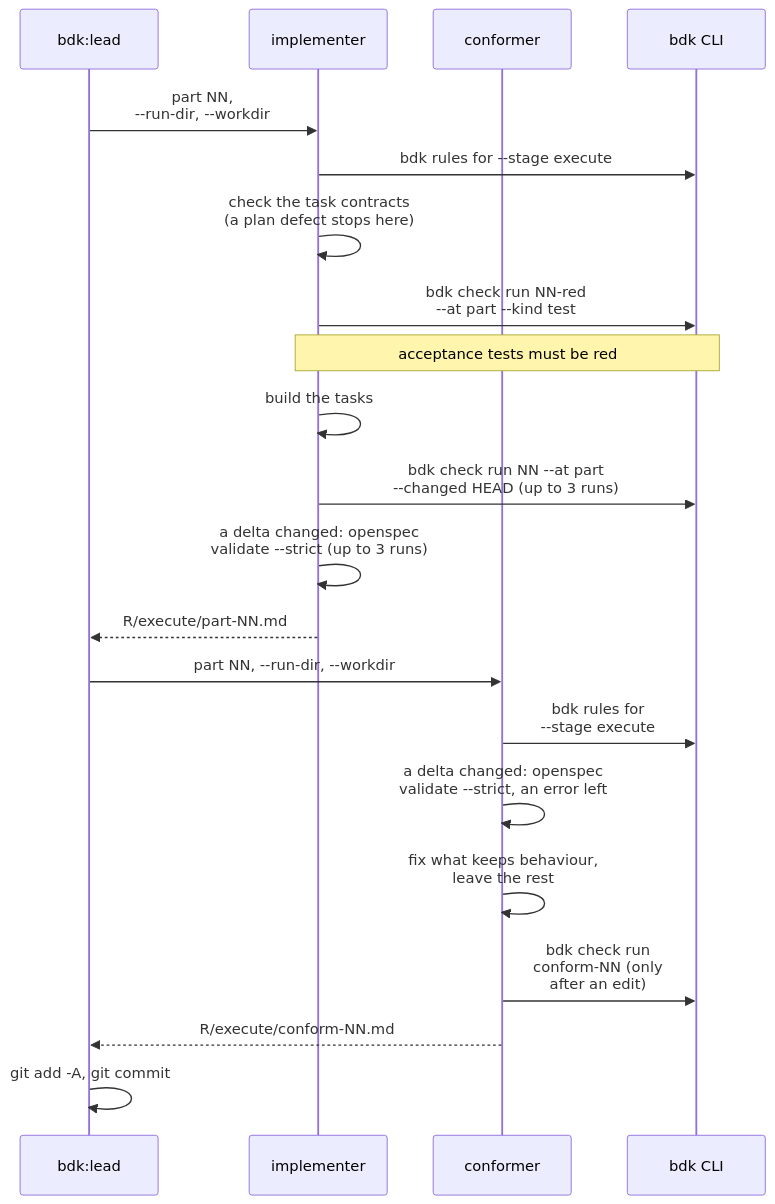
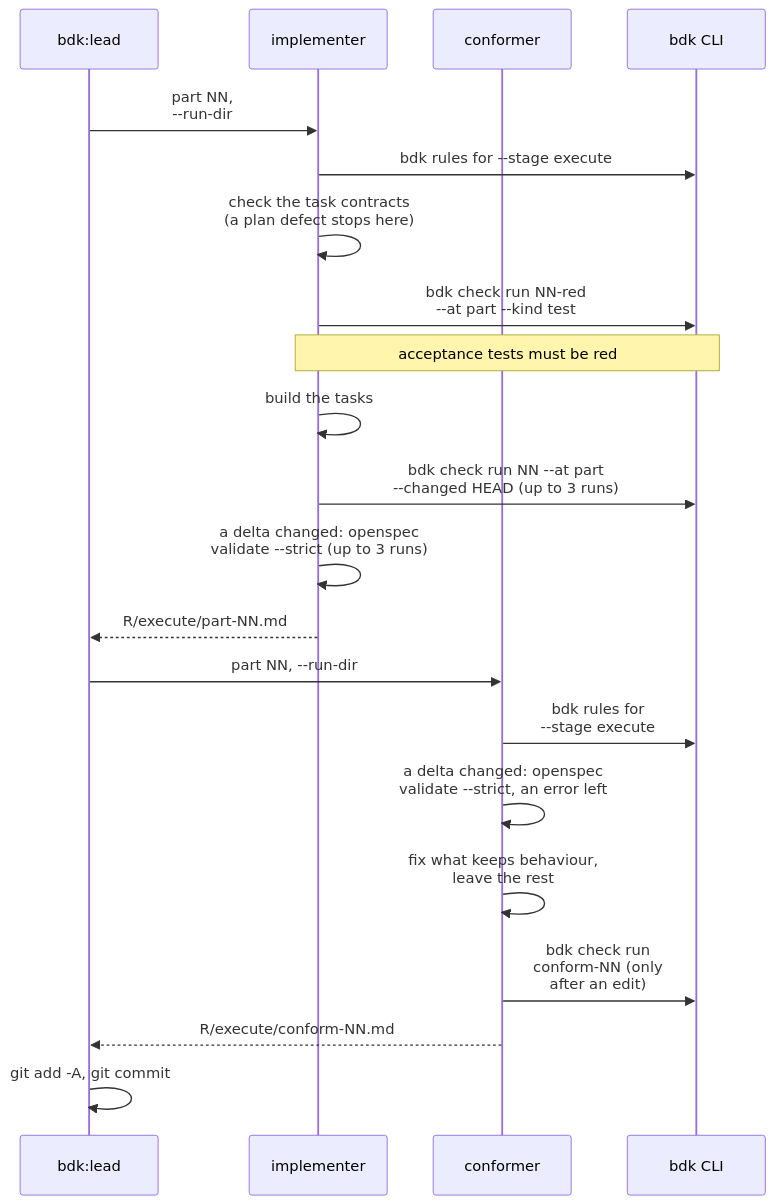
Before and after one commit to broneq/bdk: the eighth of 15 diagrams in docs/concepts/orchestrators.md, drawn with Mermaid. The commit also changed other lines of this file and 185 other files, not shown here.

````diff
--- a/docs/concepts/orchestrators.md
+++ b/docs/concepts/orchestrators.md
@@ -184,23 +170,23 @@
 ```mermaid
 sequenceDiagram
   participant L as bdk:lead
   participant I as implementer
   participant F as conformer
   participant B as bdk CLI
-  L->>I: part NN,<br/>--run-dir, --workdir
+  L->>I: part NN,<br/>--run-dir
   I->>B: bdk rules for --stage execute
   I->>I: check the task contracts<br/>(a plan defect stops here)
   I->>B: bdk check run NN-red<br/>--at part --kind test
   Note over I,B: acceptance tests must be red
   I->>I: build the tasks
   I->>B: bdk check run NN --at part<br/>--changed HEAD (up to 3 runs)
   I->>I: a delta changed: openspec<br/>validate --strict (up to 3 runs)
   I-->>L: R/execute/part-NN.md
-  L->>F: part NN, --run-dir, --workdir
+  L->>F: part NN, --run-dir
   F->>B: bdk rules for<br/>--stage execute
   F->>F: a delta changed: openspec<br/>validate --strict, an error left
   F->>F: fix what keeps behaviour,<br/>leave the rest
   F->>B: bdk check run<br/>conform-NN (only<br/>after an edit)
   F-->>L: R/execute/conform-NN.md
   L->>L: git add -A, git commit
 ```
````
